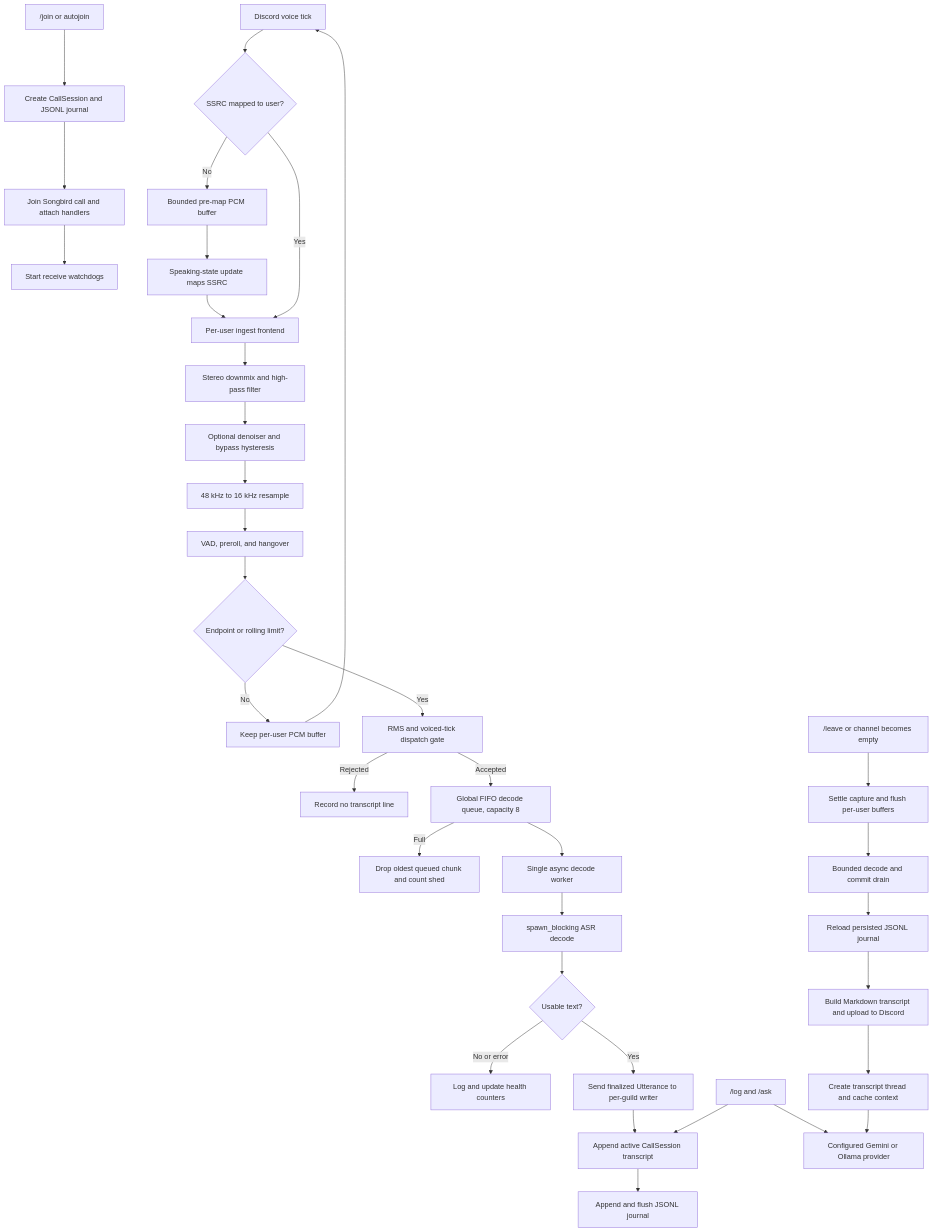
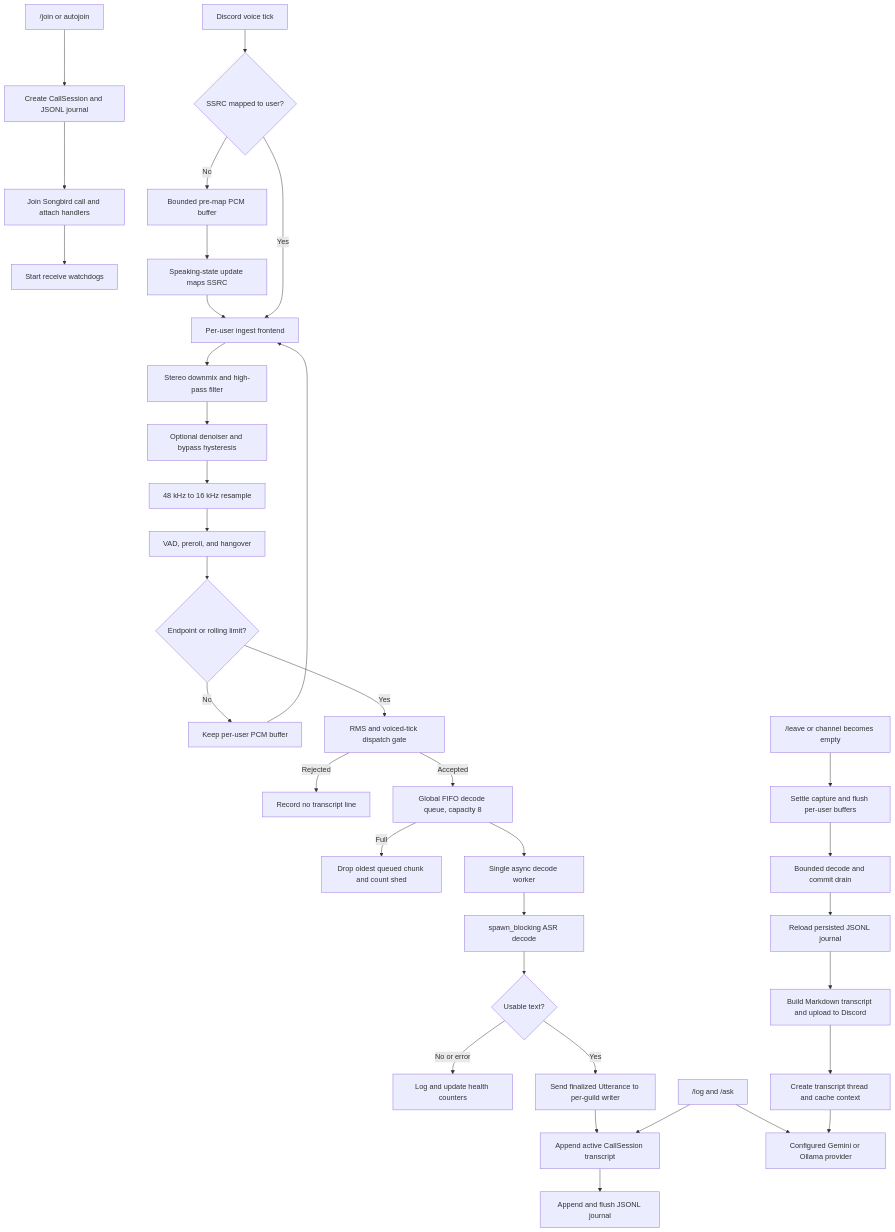
Before and after one commit to t1m0thyj/discord-transcribe-bot: the diagram in ARCHITECTURE.md, drawn with Mermaid. The commit also changed other lines of this file and 9 other files, not shown here.

````diff
--- a/ARCHITECTURE.md
+++ b/ARCHITECTURE.md
@@ -15,40 +15,40 @@
 ```mermaid
 flowchart TD
 	Join["/join or autojoin"] --> Start["Create CallSession and JSONL journal"]
 	Start --> Attach["Join Songbird call and attach handlers"]
 	Attach --> Watchdogs["Start receive watchdogs"]
 
 	Discord["Discord voice tick"] --> Ssrc{"SSRC mapped to user?"}
 	Ssrc -- "No" --> PreMap["Bounded pre-map PCM buffer"]
 	PreMap --> MapEvent["Speaking-state update maps SSRC"]
 	MapEvent --> Ingest
 	Ssrc -- "Yes" --> Ingest["Per-user ingest frontend"]
 
 	Ingest --> Downmix["Stereo downmix and high-pass filter"]
 	Downmix --> Denoise["Optional denoiser and bypass hysteresis"]
 	Denoise --> Resample["48 kHz to 16 kHz resample"]
 	Resample --> Vad["VAD, preroll, and hangover"]
 	Vad --> Segment{"Endpoint or rolling limit?"}
 	Segment -- "No" --> Buffer["Keep per-user PCM buffer"]
-	Buffer --> Discord
+	Buffer --> Ingest
 	Segment -- "Yes" --> Gate["RMS and voiced-tick dispatch gate"]
 	Gate -- "Rejected" --> Drop["Record no transcript line"]
 	Gate -- "Accepted" --> Queue["Global FIFO decode queue, capacity 8"]
 	Queue -- "Full" --> Shed["Drop oldest queued chunk and count shed"]
 	Queue --> Worker["Single async decode worker"]
 	Worker --> Blocking["spawn_blocking ASR decode"]
 	Blocking --> Text{"Usable text?"}
 	Text -- "No or error" --> Metrics["Log and update health counters"]
 	Text -- "Yes" --> Commit["Send finalized Utterance to per-guild writer"]
 	Commit --> Memory["Append active CallSession transcript"]
 	Memory --> Journal["Append and flush JSONL journal"]
 
 	Commands["/log and /ask"] --> Memory
 	Commands --> AI["Configured Gemini or Ollama provider"]
 	Leave["/leave or channel becomes empty"] --> Flush["Settle capture and flush per-user buffers"]
 	Flush --> Drain["Bounded decode and commit drain"]
 	Drain --> Load["Reload persisted JSONL journal"]
 	Load --> Export["Build Markdown transcript and upload to Discord"]
 	Export --> Thread["Create transcript thread and cache context"]
 	Thread --> AI
 ```
````
